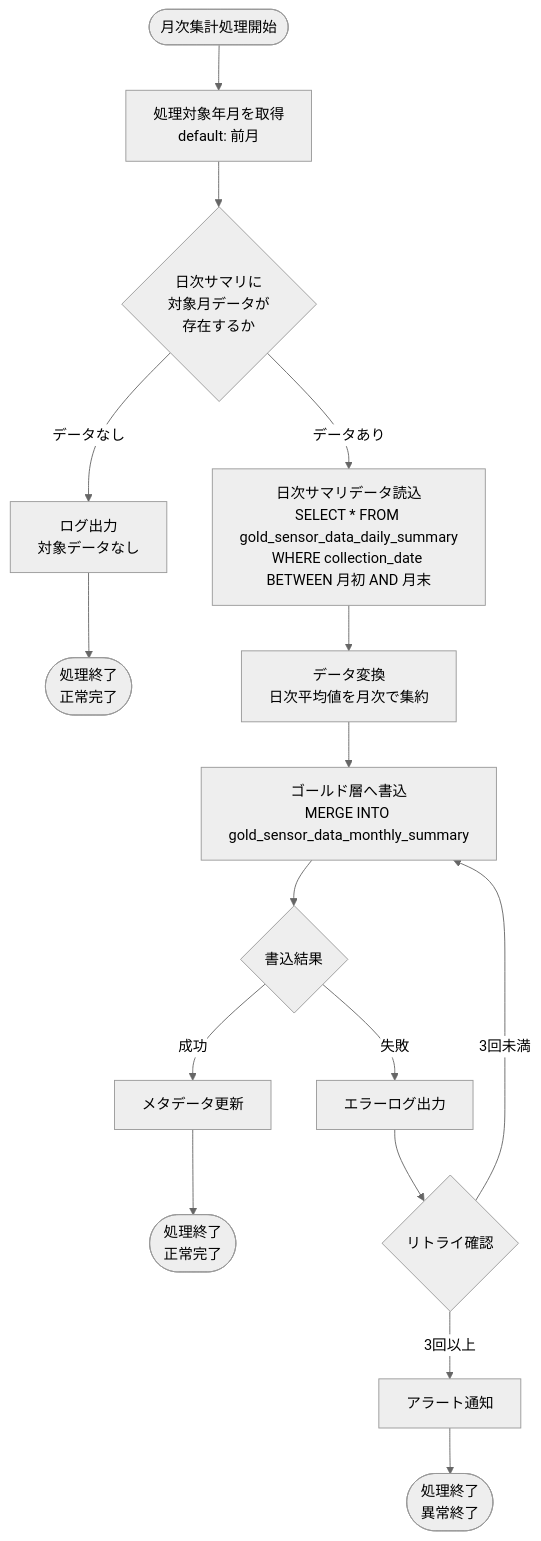
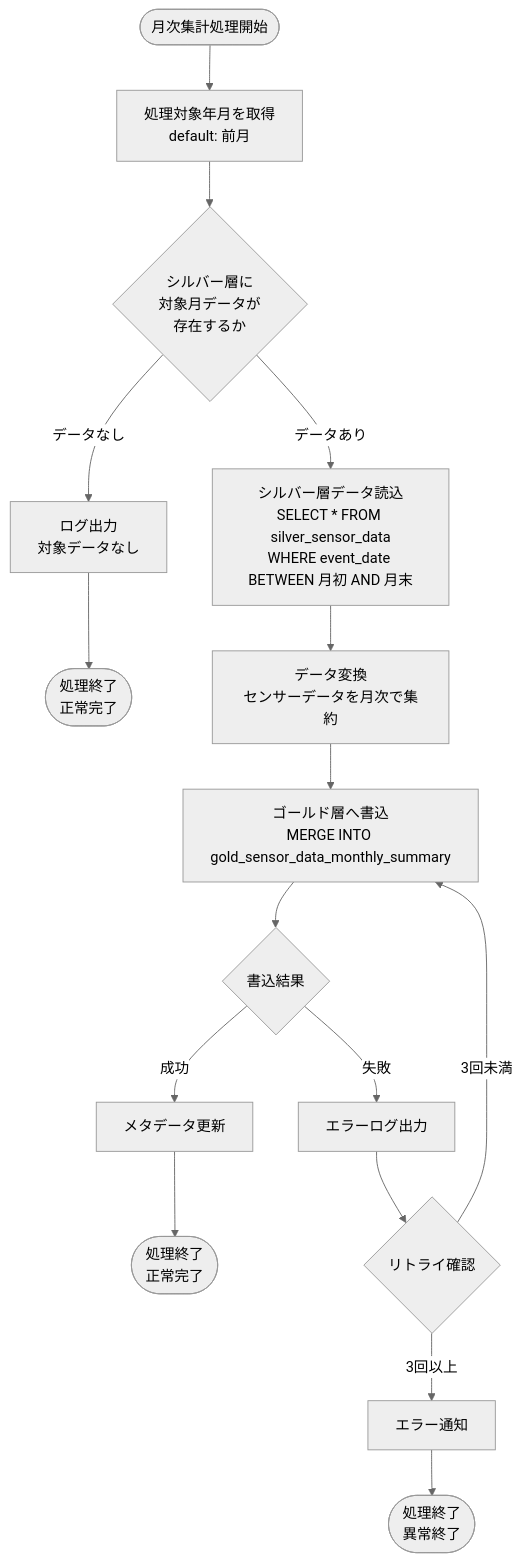
One commit to NSW-SVCP-AIWG002/Databricks-IoT changed the second of 5 diagrams in docs/03-features/ldp-pipeline/gold_layer/ldp-pipeline-specification.md. Above: the diagram before and after it, drawn with Mermaid (neutral theme). The commit also changed other lines of this file and 4 other files, not shown here.

````diff
--- a/docs/03-features/ldp-pipeline/gold_layer/ldp-pipeline-specification.md
+++ b/docs/03-features/ldp-pipeline/gold_layer/ldp-pipeline-specification.md
@@ -269,22 +329,22 @@
 ```mermaid
 flowchart TD
     Start([月次集計処理開始]) --> GetMonth[処理対象年月を取得<br>default: 前月]
-    GetMonth --> CheckSource{日次サマリに<br>対象月データが<br>存在するか}
+    GetMonth --> CheckSource{シルバー層に<br>対象月データが<br>存在するか}
 
     CheckSource -->|データなし| LogNoData[ログ出力<br>対象データなし]
     LogNoData --> EndNoData([処理終了<br>正常完了])
 
-    CheckSource -->|データあり| ReadDaily[日次サマリデータ読込<br>SELECT * FROM gold_sensor_data_daily_summary<br>WHERE collection_date BETWEEN 月初 AND 月末]
-    ReadDaily --> Transform[データ変換<br>日次平均値を月次で集約]
+    CheckSource -->|データあり| ReadSilver[シルバー層データ読込<br>SELECT * FROM silver_sensor_data<br>WHERE event_date BETWEEN 月初 AND 月末]
+    ReadSilver --> Transform[データ変換<br>センサーデータを月次で集約]
     Transform --> WriteGold[ゴールド層へ書込<br>MERGE INTO gold_sensor_data_monthly_summary]
     WriteGold --> CheckWrite{書込結果}
 
     CheckWrite -->|成功| UpdateMeta[メタデータ更新]
     UpdateMeta --> EndSuccess([処理終了<br>正常完了])
 
     CheckWrite -->|失敗| ErrorWrite[エラーログ出力]
     ErrorWrite --> Retry{リトライ確認}
     Retry -->|3回未満| WriteGold
-    Retry -->|3回以上| Alert[アラート通知]
+    Retry -->|3回以上| Alert[エラー通知]
     Alert --> EndError([処理終了<br>異常終了])
 ```
````
